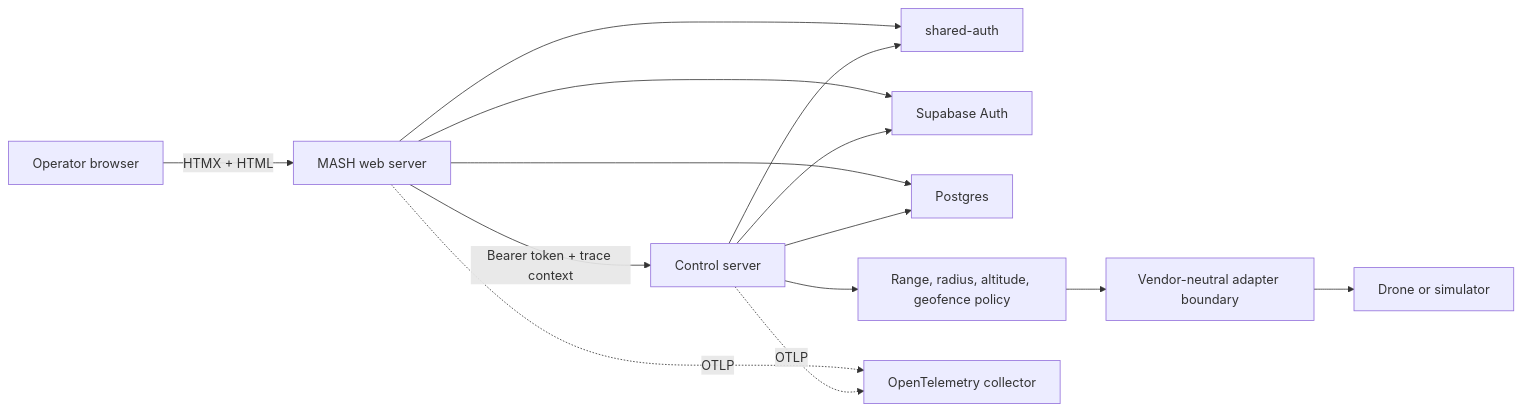
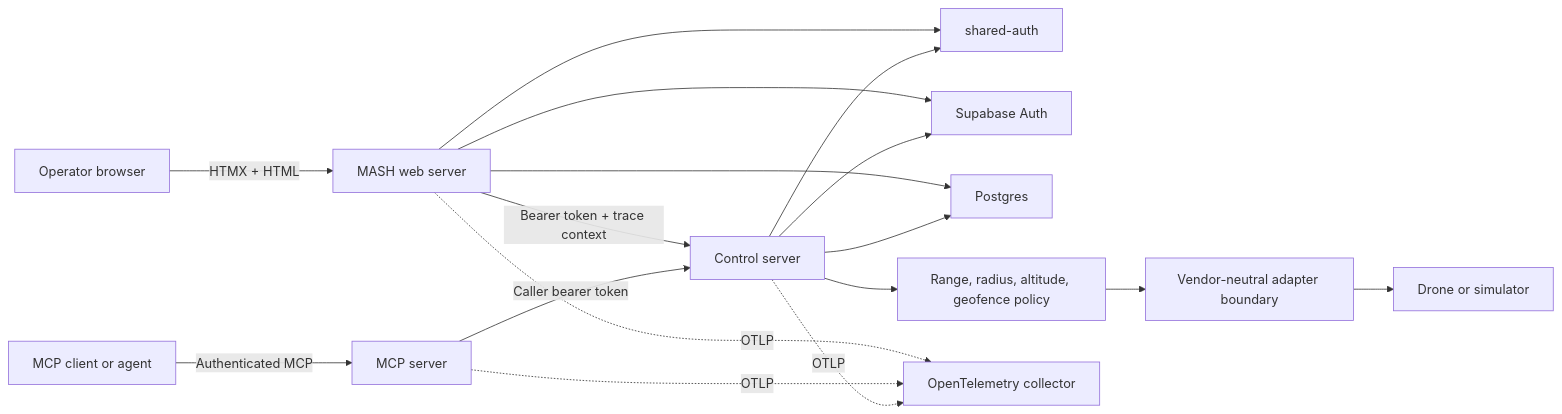
Before and after one commit to ORESoftware/k8s-cluster: the diagram in docs/architecture.md, drawn with Mermaid. The commit also changed other lines of this file and 5 other files, not shown here.

Commit message:
feat: add MCP server to platform inventory

````diff
--- a/docs/architecture.md
+++ b/docs/architecture.md
@@ -11,16 +13,19 @@
 ```mermaid
 flowchart LR
     Operator["Operator browser"] -->|"HTMX + HTML"| Web["MASH web server"]
+    Agent["MCP client or agent"] -->|"Authenticated MCP"| MCP["MCP server"]
     Web -->|"Bearer token + trace context"| Ctrl["Control server"]
+    MCP -->|"Caller bearer token"| Ctrl
     Web --> Shared["shared-auth"]
     Web --> Supabase["Supabase Auth"]
     Ctrl --> Shared
     Ctrl --> Supabase
     Web --> Postgres["Postgres"]
     Ctrl --> Postgres
     Ctrl --> Policy["Range, radius, altitude, geofence policy"]
     Policy --> Adapter["Vendor-neutral adapter boundary"]
     Adapter --> Drone["Drone or simulator"]
     Web -.->|"OTLP"| Collector["OpenTelemetry collector"]
+    MCP -.->|"OTLP"| Collector
     Ctrl -.->|"OTLP"| Collector
 ```
````
